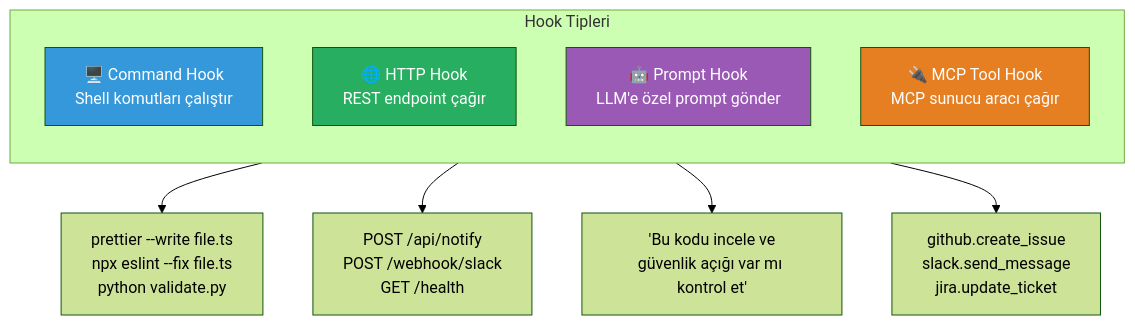
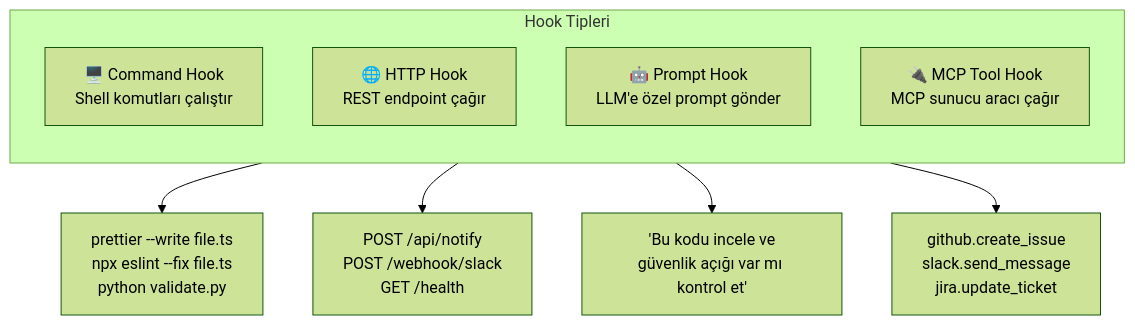
One commit to IzzetYasinAtes/ClaudeCodeHandbook changed the first of 7 diagrams in 14-hooks-ve-otomasyon/03-hook-tipleri.md. Above: the diagram before and after it, drawn with Mermaid (forest theme). The commit also changed other lines of this file and 97 other files, not shown here.

Commit message:
Remove all custom Mermaid style/fill colors from 98 markdown files for consistent dark theme rendering

````diff
--- a/14-hooks-ve-otomasyon/03-hook-tipleri.md
+++ b/14-hooks-ve-otomasyon/03-hook-tipleri.md
@@ -17,20 +17,16 @@
 ```mermaid
 flowchart TB
     subgraph types ["Hook Tipleri"]
         direction TB
         CMD["🖥️ Command Hook<br/>Shell komutları çalıştır"]
         HTTP["🌐 HTTP Hook<br/>REST endpoint çağır"]
         PROMPT["🤖 Prompt Hook<br/>LLM'e özel prompt gönder"]
         MCP["🔌 MCP Tool Hook<br/>MCP sunucu aracı çağır"]
     end
 
     CMD --> CMD_EX["prettier --write file.ts<br/>npx eslint --fix file.ts<br/>python validate.py"]
     HTTP --> HTTP_EX["POST /api/notify<br/>POST /webhook/slack<br/>GET /health"]
     PROMPT --> PROMPT_EX["'Bu kodu incele ve<br/>güvenlik açığı var mı kontrol et'"]
     MCP --> MCP_EX["github.create_issue<br/>slack.send_message<br/>jira.update_ticket"]
 
-    style CMD fill:#3498DB,color:#fff
-    style HTTP fill:#27AE60,color:#fff
-    style PROMPT fill:#9B59B6,color:#fff
-    style MCP fill:#E67E22,color:#fff
 ```
````
